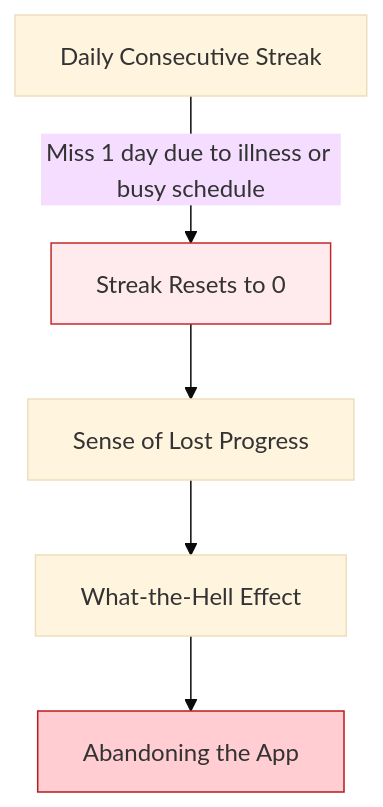
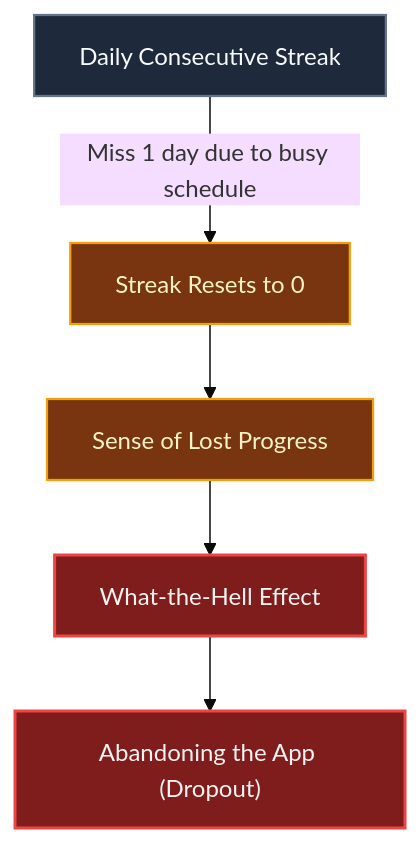
One commit to ScriptureHabit/scripture-habit changed the first of 3 diagrams in docs/logic-milestone-retention.md. Above: the diagram before and after it, drawn with Mermaid (base theme). The commit also changed 5 other files, not shown here.

Commit message:
docs: fix Mermaid contrast for full Dark & Light mode readability

````diff
--- a/docs/logic-milestone-retention.md
+++ b/docs/logic-milestone-retention.md
@@ -13,10 +13,11 @@
 ```mermaid
-graph TD
-    A["Daily Consecutive Streak"] -->|"Miss 1 day due to illness or busy schedule"| B["Streak Resets to 0"]
-    B --> C["Sense of Lost Progress"]
-    C --> D["What-the-Hell Effect"]
-    D --> E["Abandoning the App"]
-    
-    style B fill:#ffebee,stroke:#c62828,stroke-width:1px
-    style E fill:#ffcdd2,stroke:#b71c1c,stroke-width:1px
+flowchart TD
+    classDef default fill:#1e293b,stroke:#64748b,stroke-width:1.5px,color:#f8fafc;
+    classDef warn fill:#78350f,stroke:#f59e0b,stroke-width:1.5px,color:#fef3c7;
+    classDef danger fill:#7f1d1d,stroke:#ef4444,stroke-width:2px,color:#fef2f2;
+
+    A["Daily Consecutive Streak"]:::default -->|"Miss 1 day due to busy schedule"| B["Streak Resets to 0"]:::warn
+    B --> C["Sense of Lost Progress"]:::warn
+    C --> D["What-the-Hell Effect"]:::danger
+    D --> E["Abandoning the App (Dropout)"]:::danger
 ```
````
